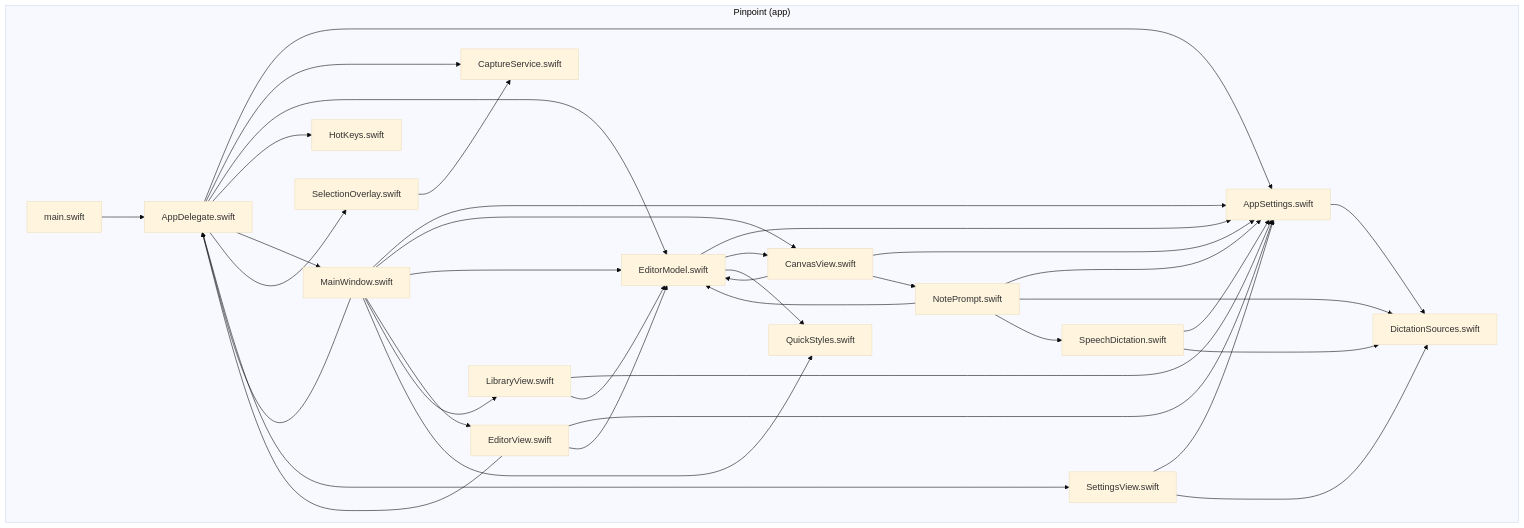
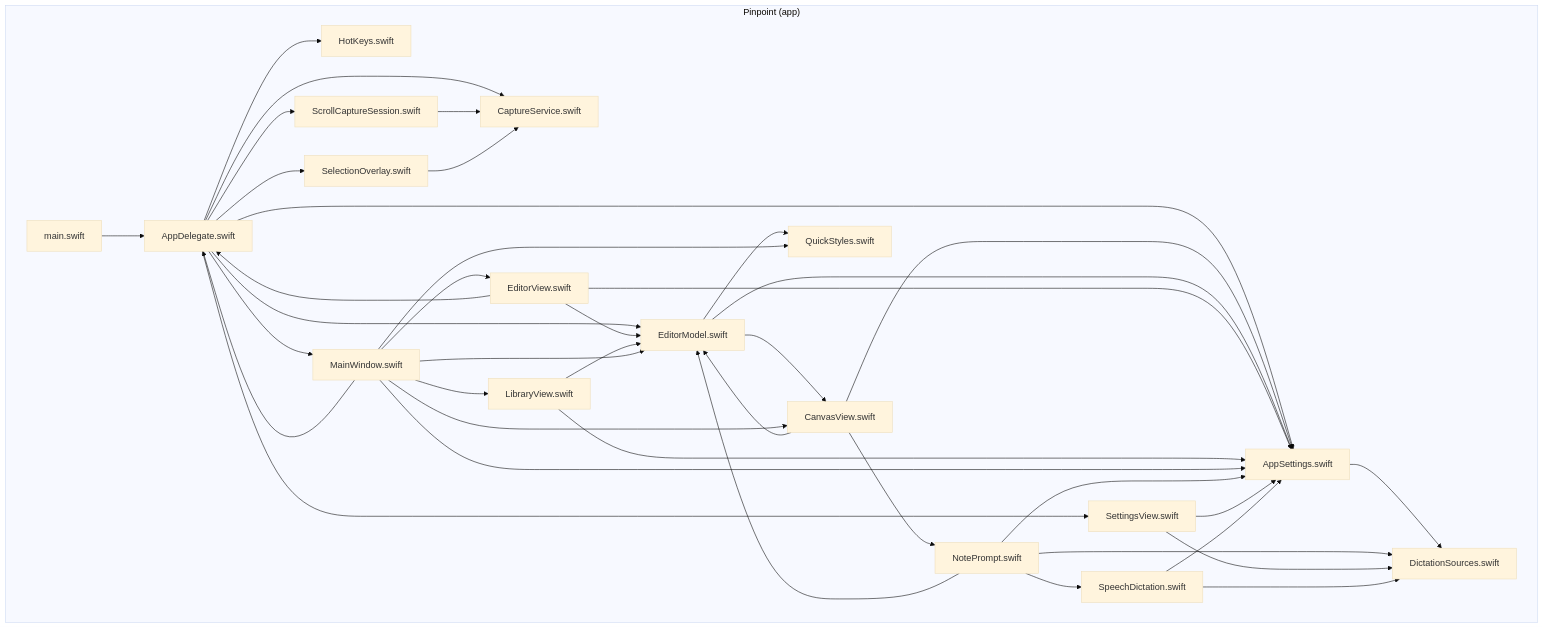
The third of 4 diagrams in library/knowledge/private/code-graph/module-graph.md (g-baskin/pinpoint), drawn with Mermaid (base theme) before and after one commit. The commit also changed other lines of this file and 20 other files, not shown here.

````diff
--- a/library/knowledge/private/code-graph/module-graph.md
+++ b/library/knowledge/private/code-graph/module-graph.md
@@ -91,57 +92,60 @@
 ```mermaid
 flowchart TD
     subgraph pinpointApp["Pinpoint (app)"]
     appAppDelegate["AppDelegate.swift"]
     appAppSettings["AppSettings.swift"]
     appCanvasView["CanvasView.swift"]
     appCaptureService["CaptureService.swift"]
     appDictationSources["DictationSources.swift"]
     appEditorModel["EditorModel.swift"]
     appEditorView["EditorView.swift"]
     appHotKeys["HotKeys.swift"]
     appLibraryView["LibraryView.swift"]
     appMainWindow["MainWindow.swift"]
     appNotePrompt["NotePrompt.swift"]
     appQuickStyles["QuickStyles.swift"]
+    appScrollCaptureSession["ScrollCaptureSession.swift"]
     appSelectionOverlay["SelectionOverlay.swift"]
     appSettingsView["SettingsView.swift"]
     appSpeechDictation["SpeechDictation.swift"]
     appMain["main.swift"]
     end
     appAppDelegate --> appAppSettings
     appAppDelegate --> appCaptureService
     appAppDelegate --> appEditorModel
     appAppDelegate --> appHotKeys
     appAppDelegate --> appMainWindow
+    appAppDelegate --> appScrollCaptureSession
     appAppDelegate --> appSelectionOverlay
     appAppDelegate --> appSettingsView
     appAppSettings --> appDictationSources
     appCanvasView --> appAppSettings
     appCanvasView --> appEditorModel
     appCanvasView --> appNotePrompt
     appEditorModel --> appAppSettings
     appEditorModel --> appCanvasView
     appEditorModel --> appQuickStyles
     appEditorView --> appAppDelegate
     appEditorView --> appAppSettings
     appEditorView --> appEditorModel
     appLibraryView --> appAppSettings
     appLibraryView --> appEditorModel
     appMainWindow --> appAppDelegate
     appMainWindow --> appAppSettings
     appMainWindow --> appCanvasView
     appMainWindow --> appEditorModel
     appMainWindow --> appEditorView
     appMainWindow --> appLibraryView
     appMainWindow --> appQuickStyles
     appNotePrompt --> appAppSettings
     appNotePrompt --> appDictationSources
     appNotePrompt --> appEditorModel
     appNotePrompt --> appSpeechDictation
+    appScrollCaptureSession --> appCaptureService
     appSelectionOverlay --> appCaptureService
     appSettingsView --> appAppSettings
     appSettingsView --> appDictationSources
     appSpeechDictation --> appAppSettings
     appSpeechDictation --> appDictationSources
     appMain --> appAppDelegate
 ```
````
